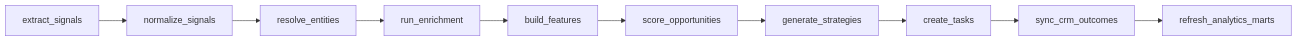
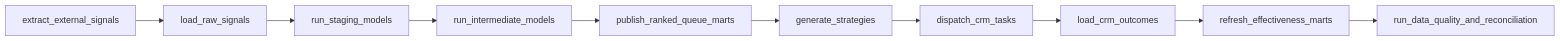
The diagram in PIPELINES.md (yghias/dealflow-ai-engine), drawn with Mermaid before and after one commit. The commit also changed other lines of this file and 82 other files, not shown here.

Commit message:
Refactor repository for SQL-first platform architecture

````diff
--- a/PIPELINES.md
+++ b/PIPELINES.md
@@ -38,12 +25,12 @@
 ```mermaid
 flowchart LR
-    A["extract_signals"] --> B["normalize_signals"]
-    B --> C["resolve_entities"]
-    C --> D["run_enrichment"]
-    D --> E["build_features"]
-    E --> F["score_opportunities"]
-    F --> G["generate_strategies"]
-    G --> H["create_tasks"]
-    H --> I["sync_crm_outcomes"]
-    I --> J["refresh_analytics_marts"]
+    A["extract_external_signals"] --> B["load_raw_signals"]
+    B --> C["run_staging_models"]
+    C --> D["run_intermediate_models"]
+    D --> E["publish_ranked_queue_marts"]
+    E --> F["generate_strategies"]
+    F --> G["dispatch_crm_tasks"]
+    G --> H["load_crm_outcomes"]
+    H --> I["refresh_effectiveness_marts"]
+    I --> J["run_data_quality_and_reconciliation"]
 ```
````
